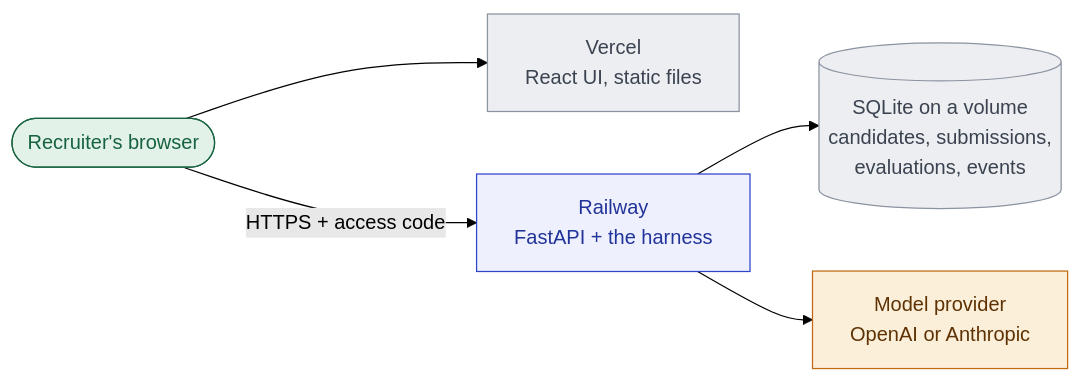
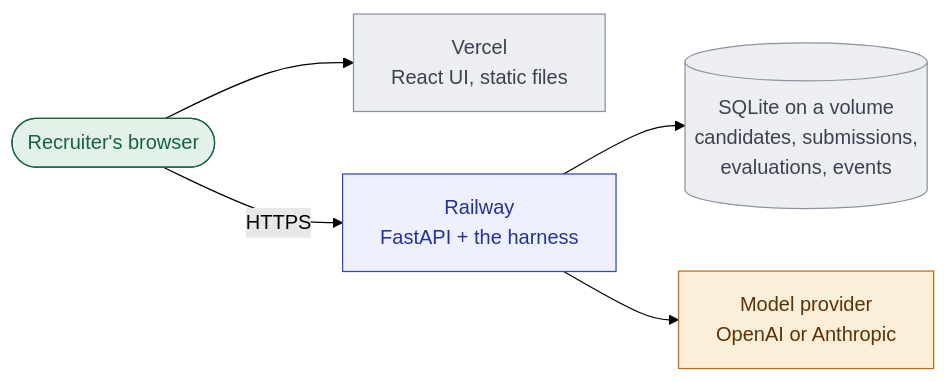
The fourth of 5 diagrams in README.md (Yero123/prescreen-copilot), drawn with Mermaid (forest theme) before and after one commit. The commit also changed other lines of this file and 1 other file, not shown here.

Commit message:
docs: state that the live demo is open and has no api key

````diff
--- a/README.md
+++ b/README.md
@@ -145,12 +145,12 @@
 ```mermaid
 flowchart LR
   U(["Recruiter's browser"]):::person --> V["Vercel<br/>React UI, static files"]:::neutral
-  U -- "HTTPS + access code" --> A["Railway<br/>FastAPI + the harness"]:::code
+  U -- "HTTPS" --> A["Railway<br/>FastAPI + the harness"]:::code
   A --> DB[("SQLite on a volume<br/>candidates, submissions,<br/>evaluations, events")]:::neutral
   A --> L["Model provider<br/>OpenAI or Anthropic"]:::model
 
   classDef model fill:#fcefd9,stroke:#c26a12,color:#5e3204;
   classDef code fill:#eef1fd,stroke:#2e46c8,color:#22339a;
   classDef person fill:#e3f2e9,stroke:#17633f,color:#17633f;
   classDef neutral fill:#eceef1,stroke:#8b93a1,color:#3b4250;
 ```
````
